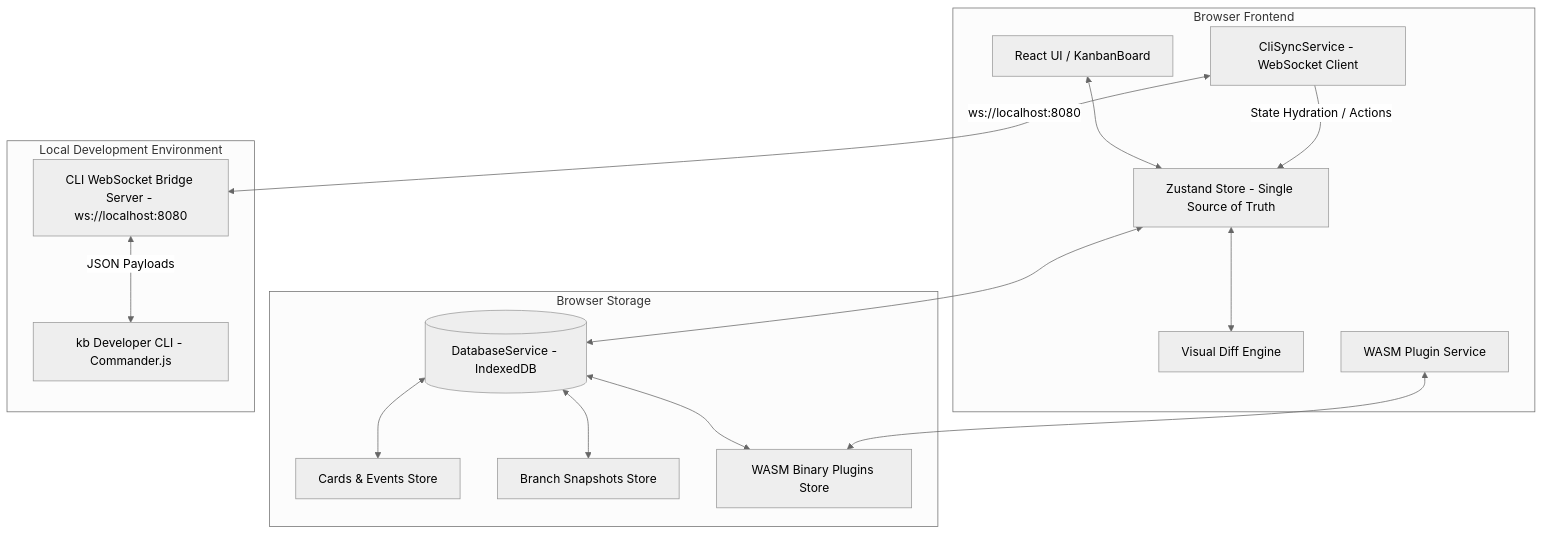
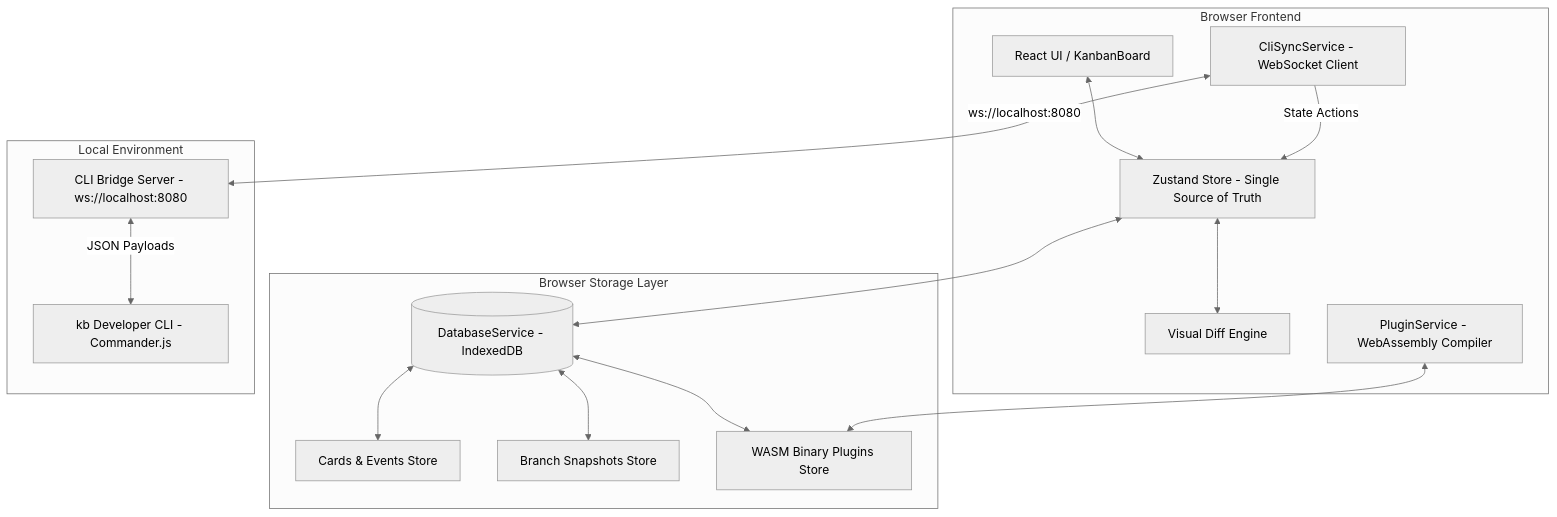
One commit to vardaanbazaz/kanbanlight changed the diagram in README.md. Above: the diagram before and after it, drawn with Mermaid (neutral theme). The commit also changed other lines of this file, not shown here.

Commit message:
docs: finalize enterprise README with mermaid architecture and deployment configs

````diff
--- a/README.md
+++ b/README.md
@@ -9,33 +42,33 @@
 ```mermaid
 graph TD
     subgraph Browser Frontend
         UI[React UI / KanbanBoard]
         Store[Zustand Store - Single Source of Truth]
         DiffEngine[Visual Diff Engine]
-        PluginSvc[WASM Plugin Service]
+        PluginSvc[PluginService - WebAssembly Compiler]
         CliClient[CliSyncService - WebSocket Client]
     end
 
-    subgraph Browser Storage
+    subgraph Browser Storage Layer
         IDB[(DatabaseService - IndexedDB)]
         IDB_Cards[Cards & Events Store]
         IDB_Snapshots[Branch Snapshots Store]
         IDB_Plugins[WASM Binary Plugins Store]
     end
 
-    subgraph Local Development Environment
-        WsBridge[CLI WebSocket Bridge Server - ws://localhost:8080]
+    subgraph Local Environment
+        WsBridge[CLI Bridge Server - ws://localhost:8080]
         CliTool[kb Developer CLI - Commander.js]
     end
 
     UI <--> Store
     Store <--> DiffEngine
     Store <--> IDB
     IDB <--> IDB_Cards
     IDB <--> IDB_Snapshots
     IDB <--> IDB_Plugins
     PluginSvc <--> IDB_Plugins
     CliClient <-->|ws://localhost:8080| WsBridge
     WsBridge <-->|JSON Payloads| CliTool
-    CliClient -->|State Hydration / Actions| Store
+    CliClient -->|State Actions| Store
 ```
````
